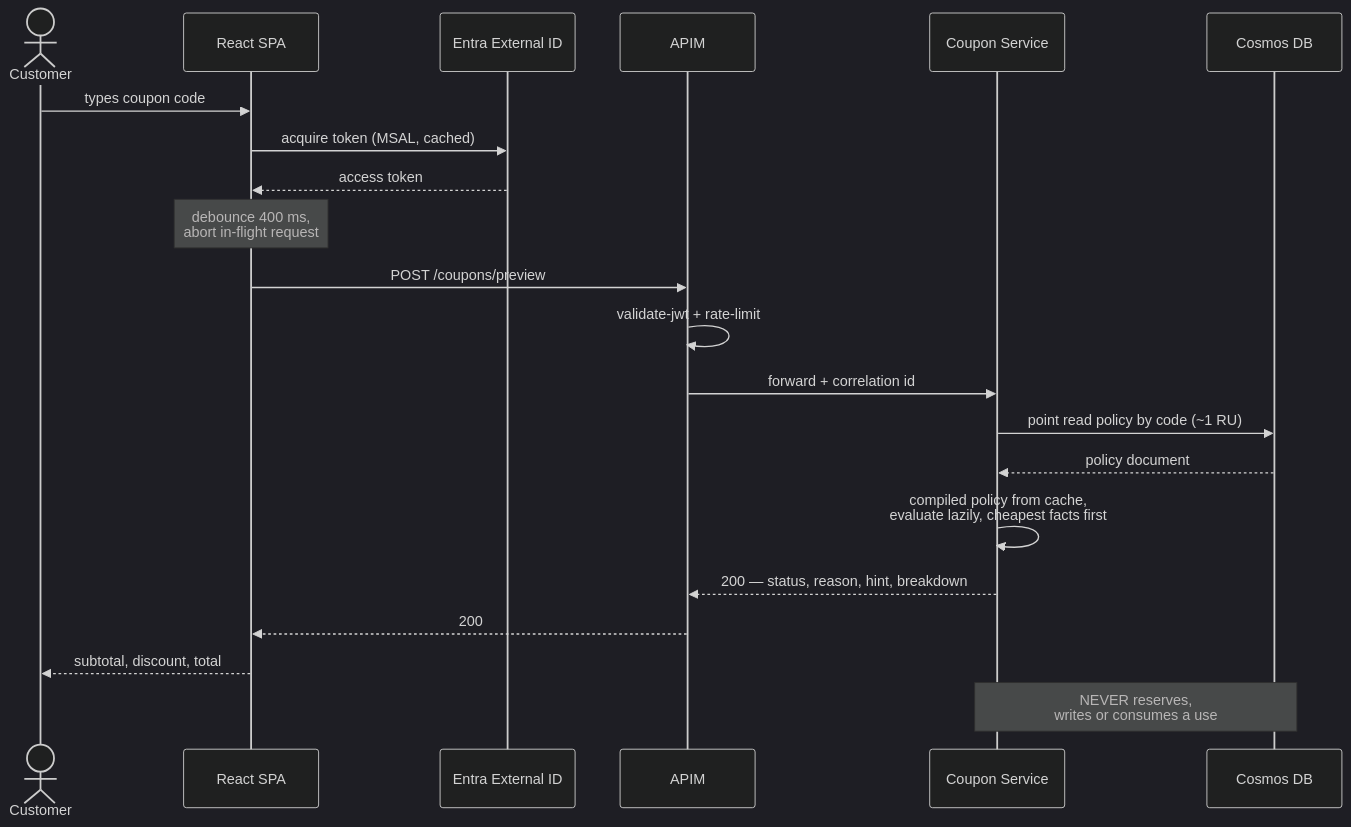
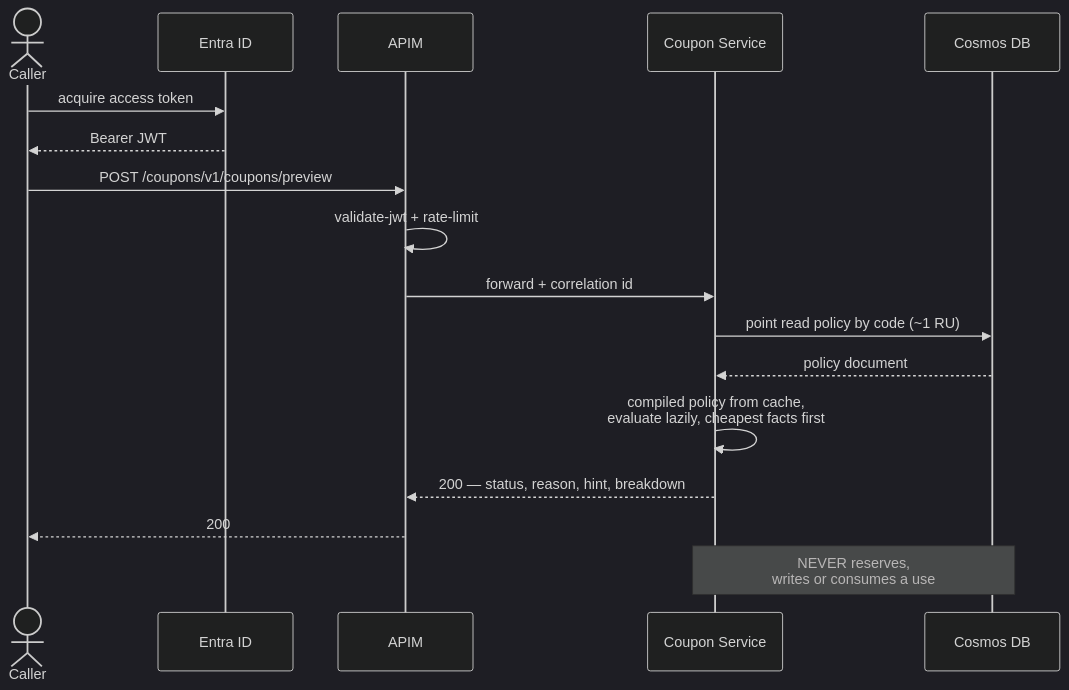
One commit to r4rad/coupon-service changed diagram 12 of 22 in docs/solution-architecture.md. Above: the diagram before and after it, drawn with Mermaid (dark theme). The commit also changed other lines of this file and 1 other file, not shown here.

First line of the commit message:
Align solution architecture with the as-built system.

````diff
--- a/docs/solution-architecture.md
+++ b/docs/solution-architecture.md
@@ -632,24 +633,20 @@
 ```mermaid
 sequenceDiagram
-    actor C as Customer
-    participant SPA as React SPA
-    participant EXT as Entra External ID
+    actor C as Caller
+    participant EXT as Entra ID
     participant APIM as APIM
     participant CS as Coupon Service
     participant DB as Cosmos DB
 
-    C->>SPA: types coupon code
-    SPA->>EXT: acquire token (MSAL, cached)
-    EXT-->>SPA: access token
-    Note over SPA: debounce 400 ms,<br/>abort in-flight request
-    SPA->>APIM: POST /coupons/preview
+    C->>EXT: acquire access token
+    EXT-->>C: Bearer JWT
+    C->>APIM: POST /coupons/v1/coupons/preview
     APIM->>APIM: validate-jwt + rate-limit
     APIM->>CS: forward + correlation id
     CS->>DB: point read policy by code (~1 RU)
     DB-->>CS: policy document
     CS->>CS: compiled policy from cache,<br/>evaluate lazily, cheapest facts first
     CS-->>APIM: 200 — status, reason, hint, breakdown
-    APIM-->>SPA: 200
-    SPA-->>C: subtotal, discount, total
+    APIM-->>C: 200
     Note over CS,DB: NEVER reserves,<br/>writes or consumes a use
 ```
````
